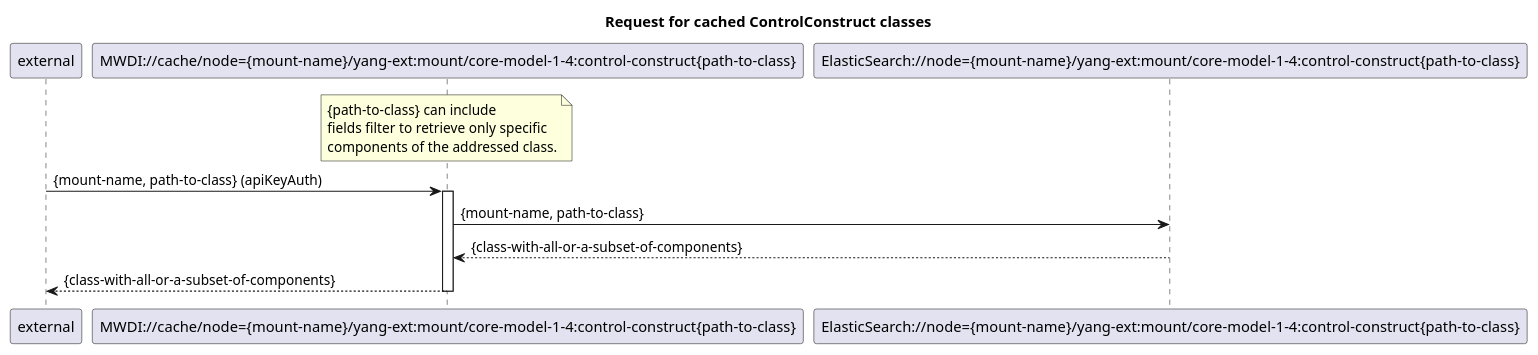
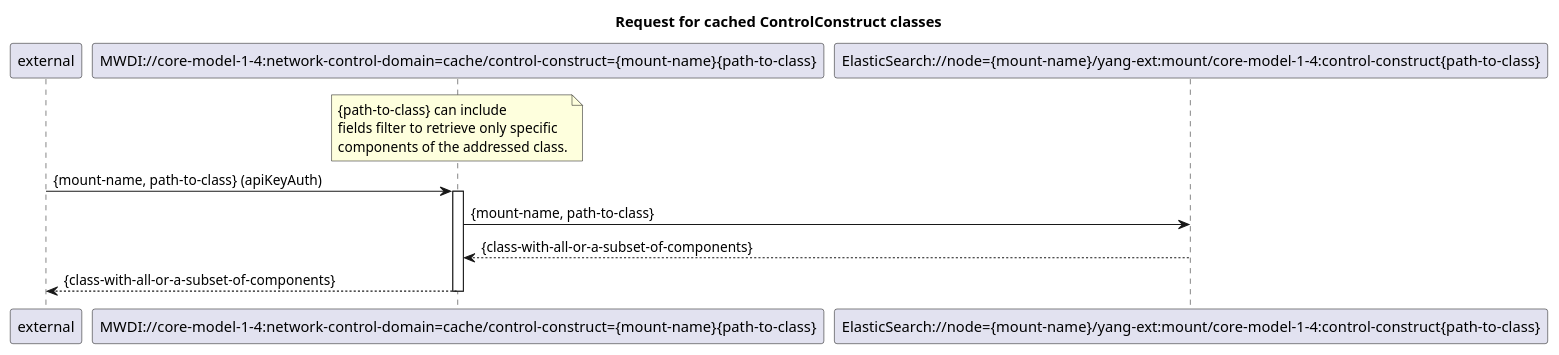
One commit to openBackhaul/MicroWaveDeviceInventory changed the diagram in spec/diagrams/200_CacheRessourcePath.plantuml. Above: the diagram before and after it, drawn with PlantUML. The commit also changed 7 other files, not shown here.

```diff
--- a/spec/diagrams/200_CacheRessourcePath.plantuml
+++ b/spec/diagrams/200_CacheRessourcePath.plantuml
@@ -1,20 +1,20 @@
 @startuml 200_CacheRessourcePath
 skinparam responseMessageBelowArrow true
 
 title Request for cached ControlConstruct classes
 
 participant "external" as requestor
-participant "MWDI://cache/node={mount-name}/yang-ext:mount/core-model-1-4:control-construct{path-to-class}" as CacheControlConstructClass
+participant "MWDI://core-model-1-4:network-control-domain=cache/control-construct={mount-name}{path-to-class}" as CacheControlConstructClass
 participant "ElasticSearch://node={mount-name}/yang-ext:mount/core-model-1-4:control-construct{path-to-class}" as EsControlConstructClass
 
 note over CacheControlConstructClass: {path-to-class} can include \nfields filter to retrieve only specific \ncomponents of the addressed class.
 requestor -> CacheControlConstructClass: {mount-name, path-to-class} (apiKeyAuth)
 activate CacheControlConstructClass
 
 CacheControlConstructClass -> EsControlConstructClass: {mount-name, path-to-class}
 EsControlConstructClass --> CacheControlConstructClass: {class-with-all-or-a-subset-of-components}
 
 CacheControlConstructClass --> requestor: {class-with-all-or-a-subset-of-components}
 deactivate CacheControlConstructClass
 
 @enduml
```
